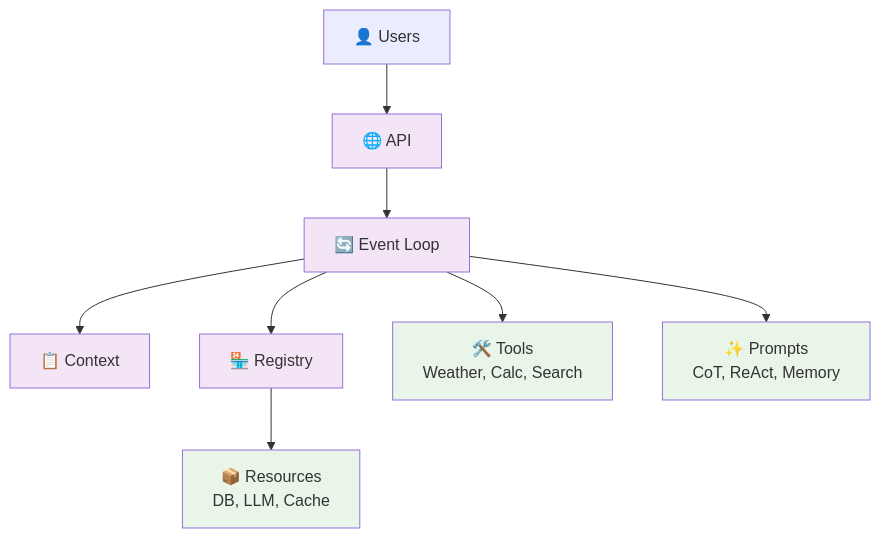
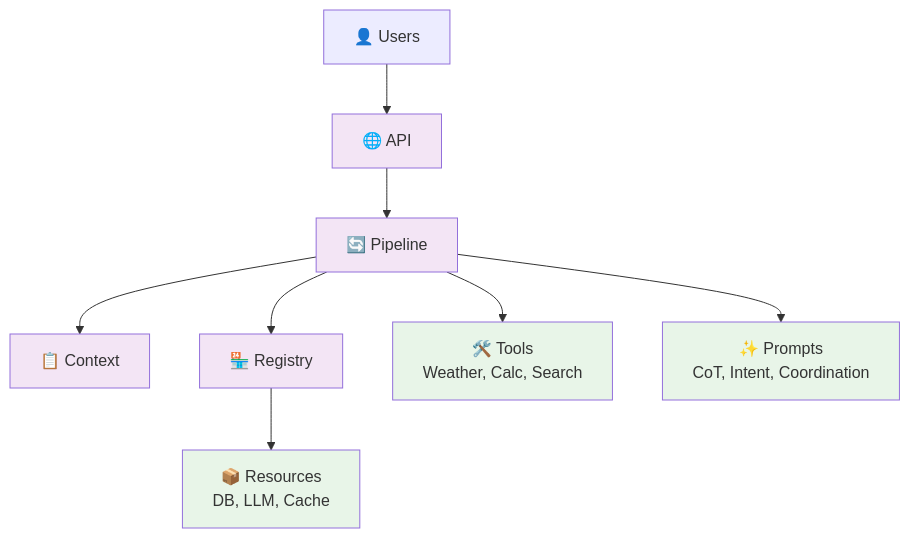
The second of 4 diagrams in README.md (Ladvien/entity), drawn with Mermaid before and after one commit. The commit also changed other lines of this file, not shown here.

Commit message:
Still working on architecture.

````diff
--- a/README.md
+++ b/README.md
@@ -1013,20 +1302,20 @@
 ```mermaid
 graph TB
     %% Simplified System Architecture
     Users[👤 Users] --> API[🌐 API]
-    API --> EL[🔄 Event Loop]
-    EL --> CTX[📋 Context]
-    EL --> RR[🏪 Registry]
+    API --> PL[🔄 Pipeline]
+    PL --> CTX[📋 Context]
+    PL --> RR[🏪 Registry]
     
     %% Three Plugin Layers
     RR --> Resources[📦 Resources<br/>DB, LLM, Cache]
-    EL --> Tools[🛠️ Tools<br/>Weather, Calc, Search]
-    EL --> Prompts[✨ Prompts<br/>CoT, ReAct, Memory]
+    PL --> Tools[🛠️ Tools<br/>Weather, Calc, Search]
+    PL --> Prompts[✨ Prompts<br/>CoT, Intent, Coordination]
     
     %% Styling
     classDef core fill:#f3e5f5
     classDef plugins fill:#e8f5e8
     
-    class API,EL,CTX,RR core
+    class API,PL,CTX,RR core
     class Resources,Tools,Prompts plugins
 ```
````
